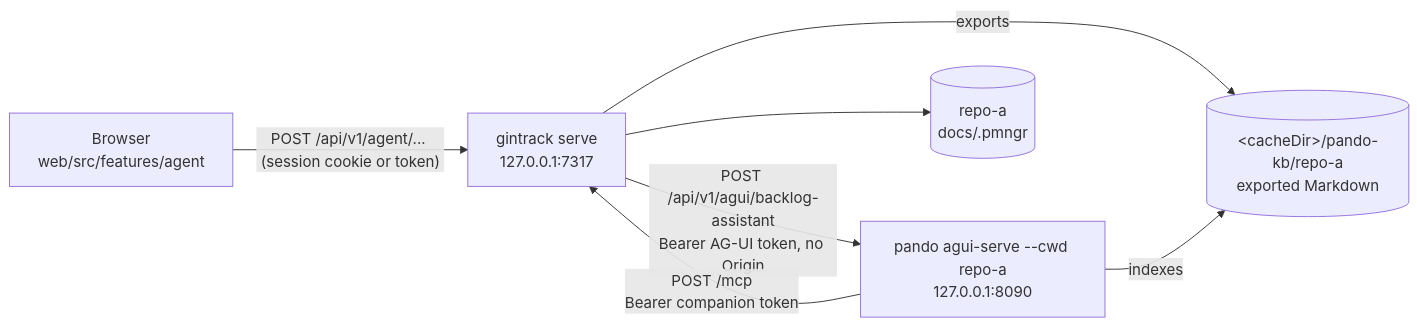
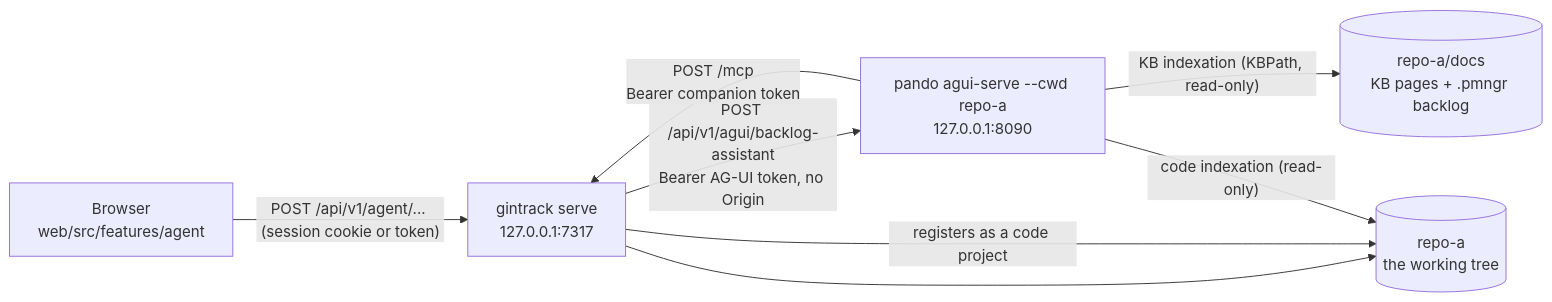
Before and after one commit to digiogithub/git-in-track: the diagram in docs/20-agent-interface.md, drawn with Mermaid. The commit also changed other lines of this file and 73 other files, not shown here.

First line of the commit message:
feat: Pando indexes the repository directly; retire the exported corpus (#22)

````diff
--- a/docs/20-agent-interface.md
+++ b/docs/20-agent-interface.md
@@ -28,15 +28,16 @@
 ```mermaid
 flowchart LR
     Browser["Browser<br/>web/src/features/agent"]
     Companion["gintrack serve<br/>127.0.0.1:7317"]
     Pando["pando agui-serve --cwd repo-a<br/>127.0.0.1:8090"]
-    Corpus[("&lt;cacheDir&gt;/pando-kb/repo-a<br/>exported Markdown")]
-    Repo[("repo-a<br/>docs/.pmngr")]
+    Docs[("repo-a/docs<br/>KB pages + .pmngr backlog")]
+    Root[("repo-a<br/>the working tree")]
 
     Browser -- "POST /api/v1/agent/... (session cookie or token)" --> Companion
     Companion -- "POST /api/v1/agui/backlog-assistant<br/>Bearer AG-UI token, no Origin" --> Pando
     Pando -- "POST /mcp<br/>Bearer companion token" --> Companion
-    Companion --> Repo
-    Companion -- "exports" --> Corpus
-    Pando -- "indexes" --> Corpus
+    Companion --> Root
+    Companion -- "registers as a code project" --> Root
+    Pando -- "KB indexation (KBPath, read-only)" --> Docs
+    Pando -- "code indexation (read-only)" --> Root
 ```
````
